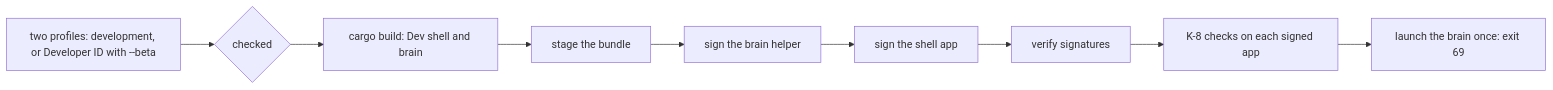
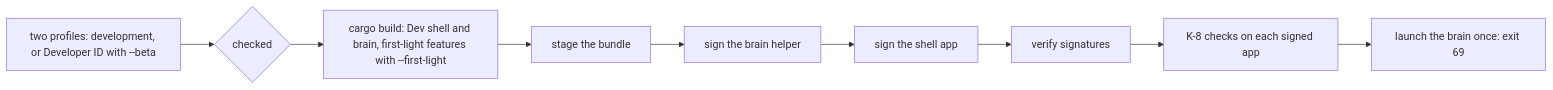
The diagram in docs/development/mac-dev-bundle.md (labcoder/capsula), drawn with Mermaid before and after one commit. The commit also changed other lines of this file and 2 other files, not shown here.

Commit message:
feat(xtask): build a first-light mac bundle

````diff
--- a/docs/development/mac-dev-bundle.md
+++ b/docs/development/mac-dev-bundle.md
@@ -13,10 +15,10 @@
 ```mermaid
 flowchart LR
   P[two profiles: development, or Developer ID with --beta] --> C{checked}
-  C --> B[cargo build: Dev shell and brain]
+  C --> B[cargo build: Dev shell and brain, first-light features with --first-light]
   B --> S[stage the bundle]
   S --> SB[sign the brain helper] --> SS[sign the shell app]
   SS --> V[verify signatures]
   V --> K[K-8 checks on each signed app]
   K --> L[launch the brain once: exit 69]
 ```
````
